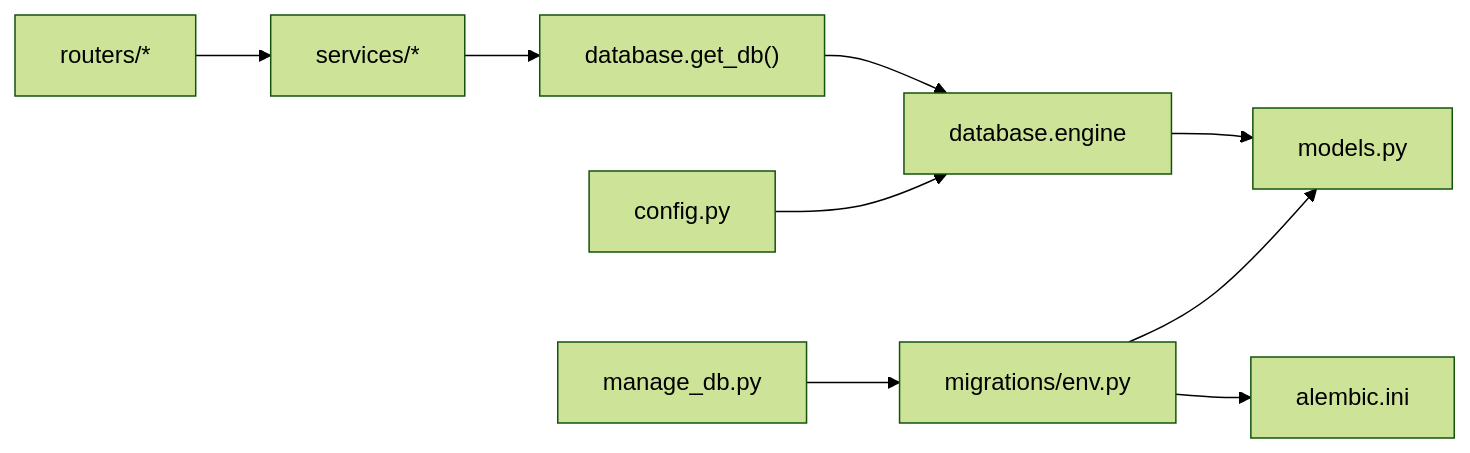
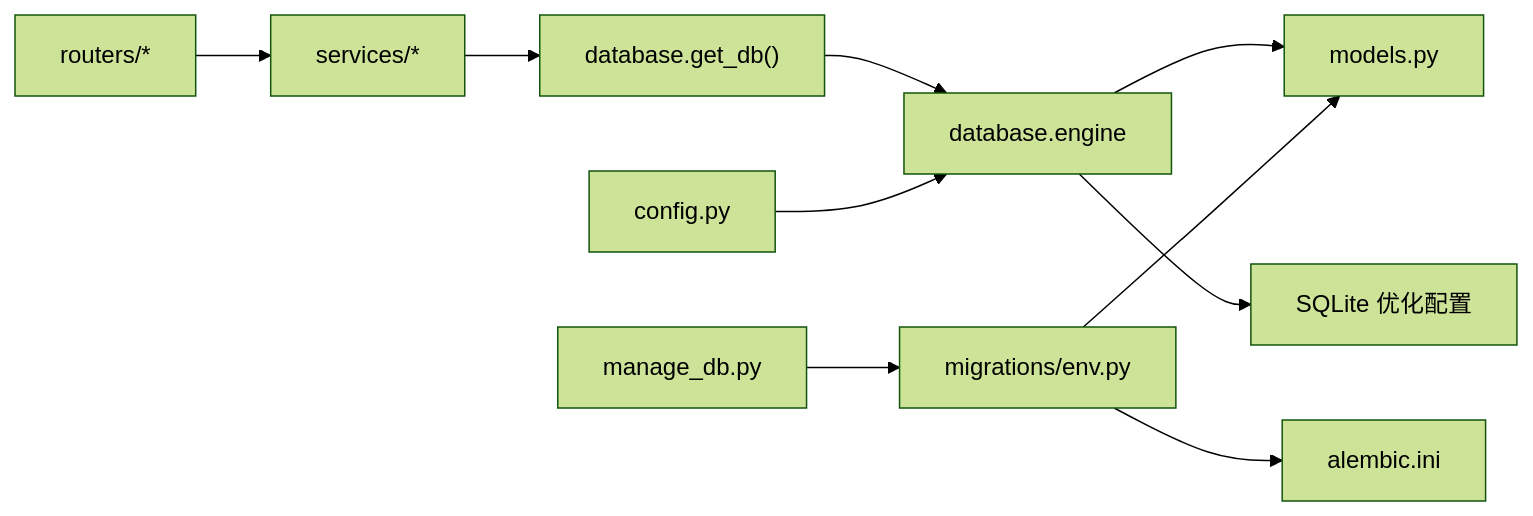
Before and after one commit to KunLabAI/KunFlix: the seventh of 7 diagrams in .qoder/repowiki/zh/content/数据库设计/数据库设计.md, drawn with Mermaid (forest theme). The commit also changed other lines of this file and 11 other files, not shown here.

````diff
--- a/.qoder/repowiki/zh/content/数据库设计/数据库设计.md
+++ b/.qoder/repowiki/zh/content/数据库设计/数据库设计.md
@@ -627,11 +640,12 @@
 ```mermaid
 graph LR
 Router["routers/*"] --> Service["services/*"]
 Service --> Session["database.get_db()"]
 Session --> Engine["database.engine"]
 Engine --> Models["models.py"]
+Engine --> SQLiteOpt["SQLite 优化配置"]
 Mgr["manage_db.py"] --> Env["migrations/env.py"]
 Env --> Alembic["alembic.ini"]
 Env --> Models
 Config["config.py"] --> Engine
 ```
````
